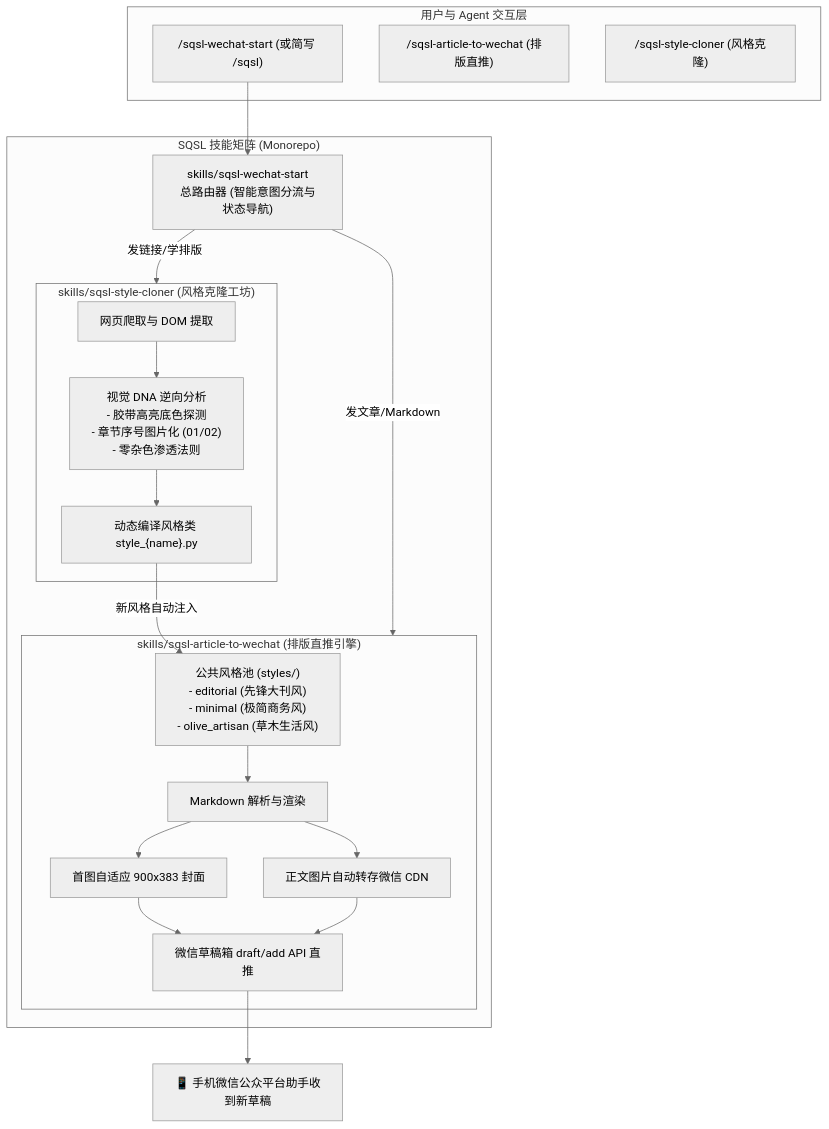
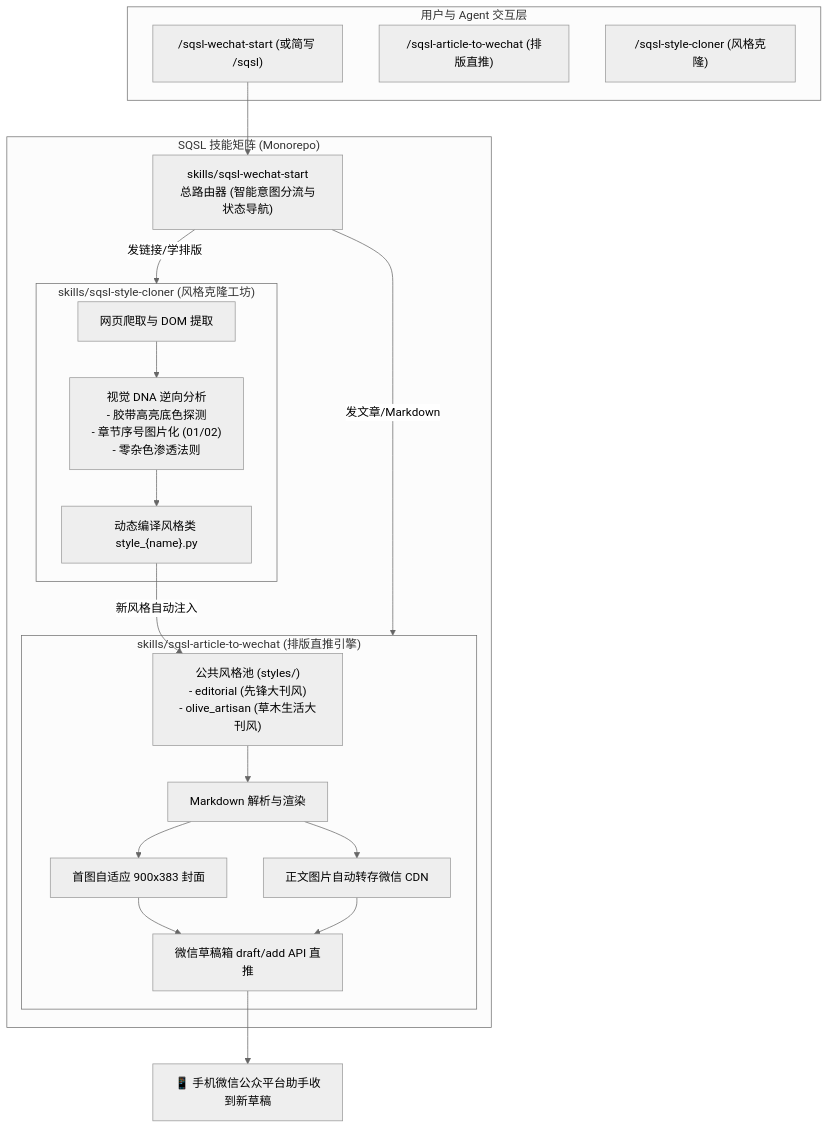
The diagram in README.md (sanqiushili/sqsl-wechat-skill), drawn with Mermaid (neutral theme) before and after one commit. The commit also changed other lines of this file and 25 other files, not shown here.

````diff
--- a/README.md
+++ b/README.md
@@ -34,32 +61,32 @@
 ```mermaid
 flowchart TD
     subgraph Client["用户与 Agent 交互层"]
         Cmd1["/sqsl-wechat-start (或简写 /sqsl)"]
         Cmd2["/sqsl-article-to-wechat (排版直推)"]
         Cmd3["/sqsl-style-cloner (风格克隆)"]
     end
 
     subgraph Suite["SQSL 技能矩阵 (Monorepo)"]
         Router["skills/sqsl-wechat-start\n总路由器 (智能意图分流与状态导航)"]
         
         subgraph Sub1["skills/sqsl-style-cloner (风格克隆工坊)"]
             Crawler["网页爬取与 DOM 提取"] --> Analyzer["视觉 DNA 逆向分析\n- 胶带高亮底色探测\n- 章节序号图片化 (01/02)\n- 零杂色渗透法则"]
             Analyzer --> Compiler["动态编译风格类 style_{name}.py"]
         end
 
         subgraph Sub2["skills/sqsl-article-to-wechat (排版直推引擎)"]
-            Pool["公共风格池 (styles/)\n- editorial (先锋大刊风)\n- minimal (极简商务风)\n- olive_artisan (草木生活风)"]
+            Pool["公共风格池 (styles/)\n- editorial (先锋大刊风)\n- olive_artisan (草木生活大刊风)"]
             MD["Markdown 解析与渲染"]
             Cover["首图自适应 900x383 封面"]
             CDN["正文图片自动转存微信 CDN"]
             Draft["微信草稿箱 draft/add API 直推"]
         end
     end
 
     Cmd1 --> Router
     Router -->|发文章/Markdown| Sub2
     Router -->|发链接/学排版| Sub1
     Compiler -->|新风格自动注入| Pool
     Pool --> MD
     MD --> Cover & CDN --> Draft --> Output["📱 手机微信公众平台助手收到新草稿"]
 ```
````
